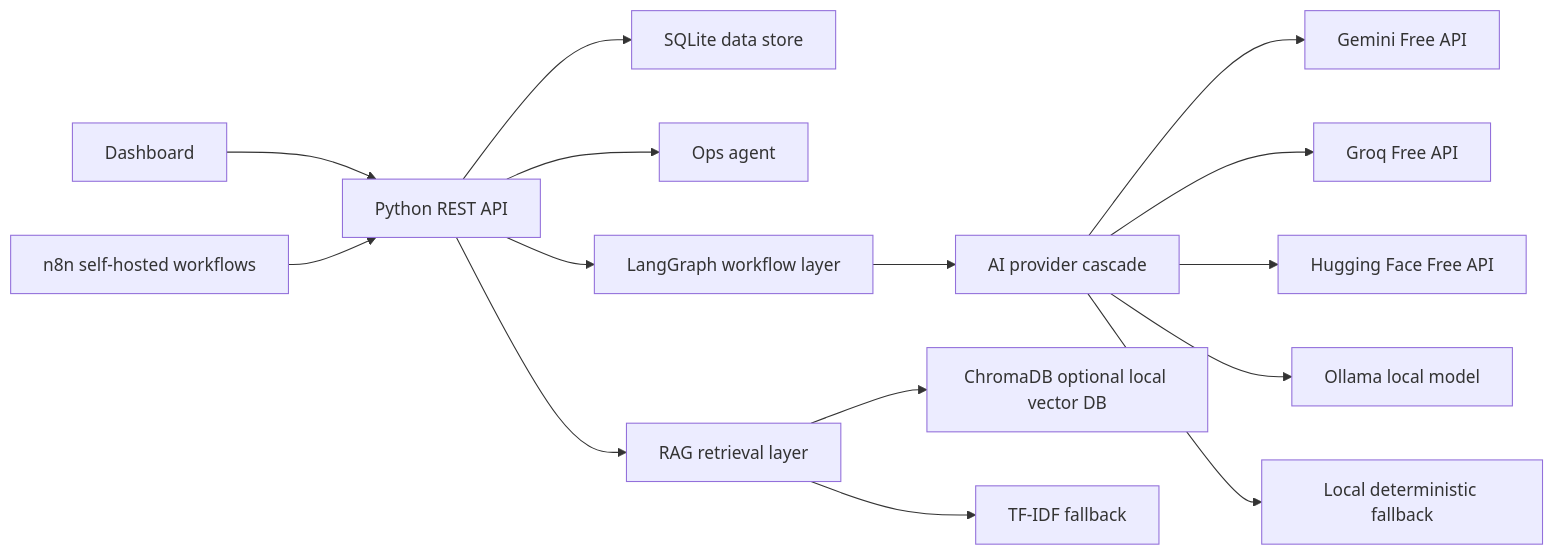
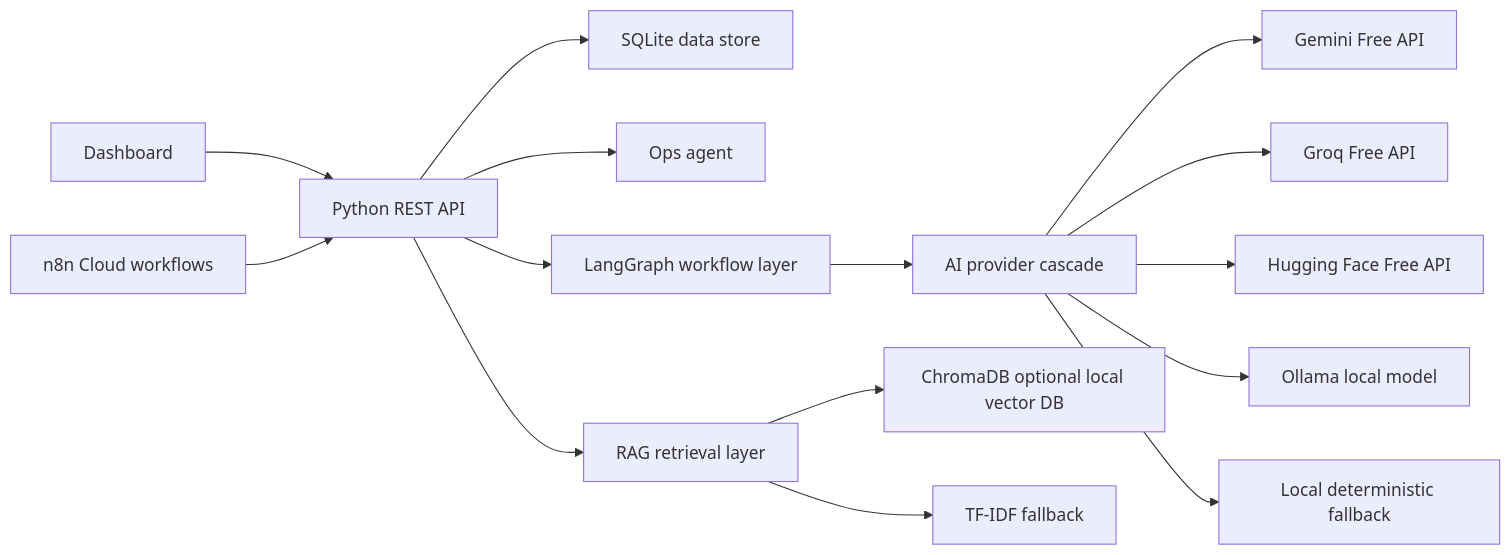
One commit to RashulRajput/internal-ops-automation changed the first of 5 diagrams in docs/architecture.md. Above: the diagram before and after it, drawn with Mermaid. The commit also changed other lines of this file, not shown here.

Commit message:
docs: update architecture diagrams for cloud deployment

````diff
--- a/docs/architecture.md
+++ b/docs/architecture.md
@@ -7,17 +7,17 @@
 ```mermaid
 flowchart LR
     UI["Dashboard"] --> API["Python REST API"]
     API --> Store["SQLite data store"]
     API --> Agent["Ops agent"]
     API --> WF["LangGraph workflow layer"]
     API --> RAG["RAG retrieval layer"]
     WF --> Providers["AI provider cascade"]
     Providers --> Gemini["Gemini Free API"]
     Providers --> Groq["Groq Free API"]
     Providers --> HF["Hugging Face Free API"]
     Providers --> Ollama["Ollama local model"]
     Providers --> Local["Local deterministic fallback"]
     RAG --> Chroma["ChromaDB optional local vector DB"]
     RAG --> TFIDF["TF-IDF fallback"]
-    N8N["n8n self-hosted workflows"] --> API
+    N8N["n8n Cloud workflows"] --> API
 ```
````
